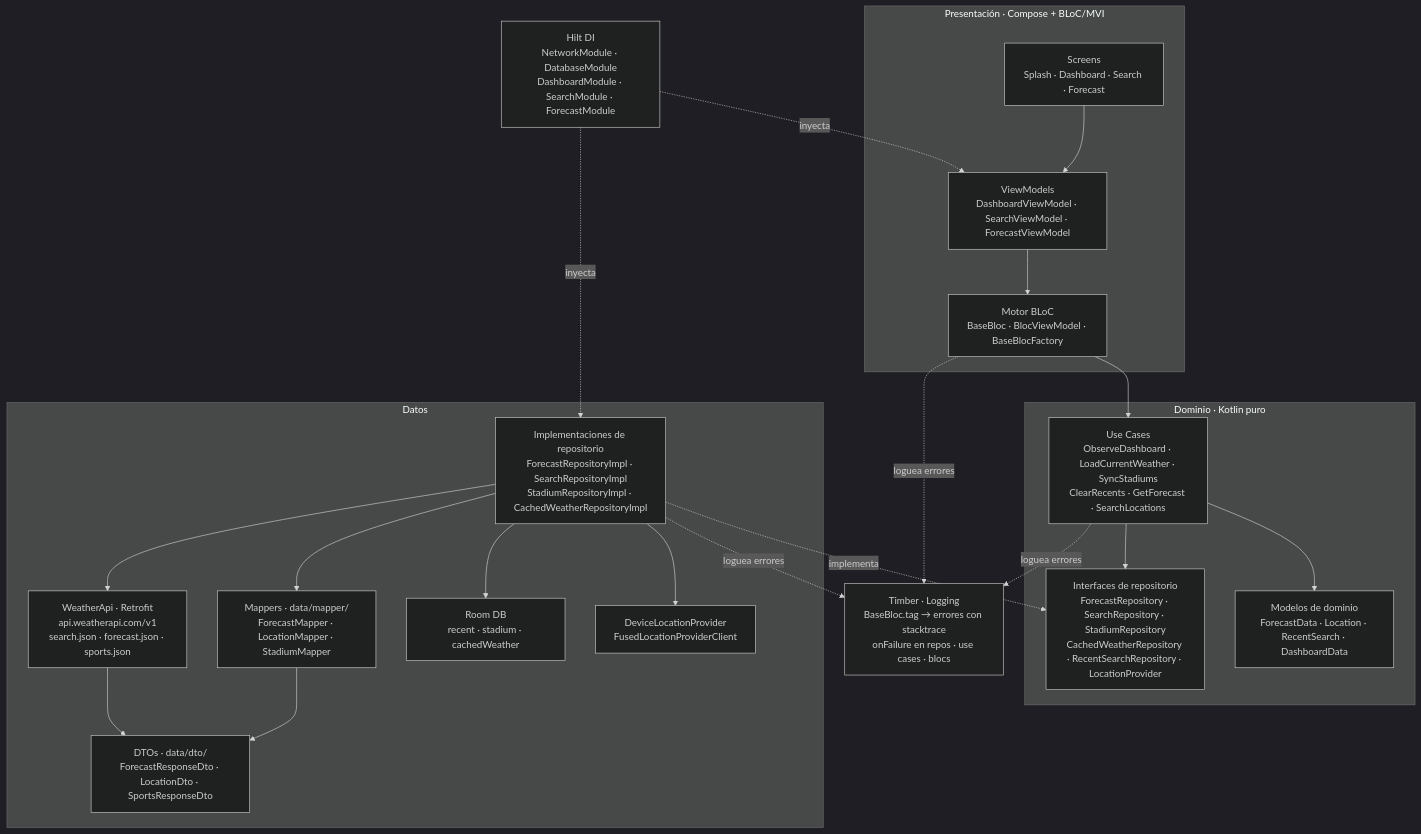
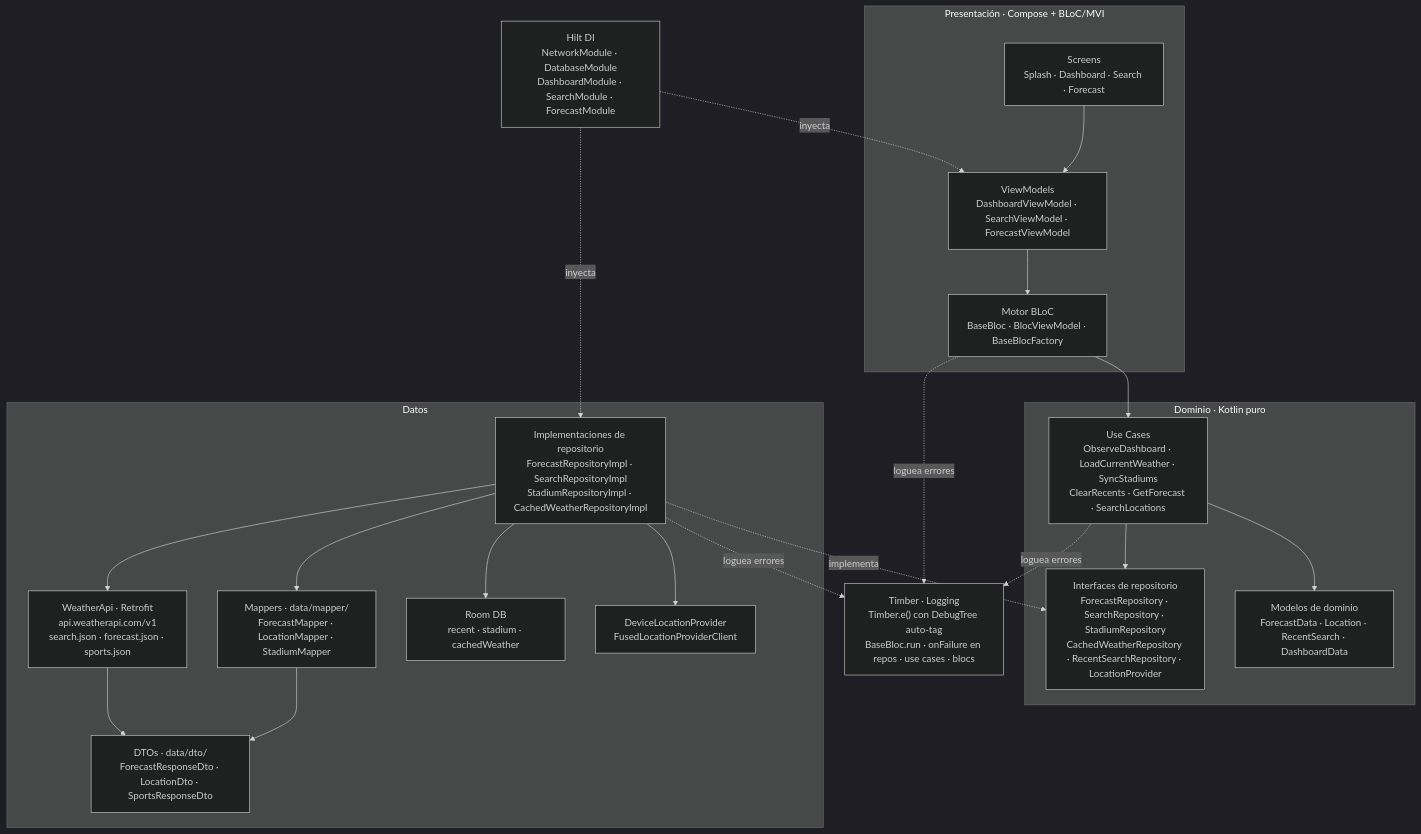
One commit to FranciscoMontufar28/Weather changed the first of 2 diagrams in README.md. Above: the diagram before and after it, drawn with Mermaid (dark theme). The commit also changed other lines of this file, not shown here.

````diff
--- a/README.md
+++ b/README.md
@@ -122,42 +122,42 @@
 ```mermaid
 flowchart TD
     subgraph PRES["Presentación · Compose + BLoC/MVI"]
         UI["Screens<br/>Splash · Dashboard · Search · Forecast"]
         VM["ViewModels<br/>DashboardViewModel · SearchViewModel · ForecastViewModel"]
         BLOC["Motor BLoC<br/>BaseBloc · BlocViewModel · BaseBlocFactory"]
         UI --> VM --> BLOC
     end
 
     subgraph DOM["Dominio · Kotlin puro"]
         UC["Use Cases<br/>ObserveDashboard · LoadCurrentWeather · SyncStadiums<br/>ClearRecents · GetForecast · SearchLocations"]
         REPOI["Interfaces de repositorio<br/>ForecastRepository · SearchRepository · StadiumRepository<br/>CachedWeatherRepository · RecentSearchRepository · LocationProvider"]
         MODEL["Modelos de dominio<br/>ForecastData · Location · RecentSearch · DashboardData"]
         UC --> REPOI
         UC --> MODEL
     end
 
     subgraph DATA["Datos"]
         REPO["Implementaciones de repositorio<br/>ForecastRepositoryImpl · SearchRepositoryImpl<br/>StadiumRepositoryImpl · CachedWeatherRepositoryImpl"]
         MAP["Mappers · data/mapper/<br/>ForecastMapper · LocationMapper · StadiumMapper"]
         DTO["DTOs · data/dto/<br/>ForecastResponseDto · LocationDto · SportsResponseDto"]
         API["WeatherApi · Retrofit<br/>api.weatherapi.com/v1<br/>search.json · forecast.json · sports.json"]
         ROOM["Room DB<br/>recent · stadium · cachedWeather"]
         LOC["DeviceLocationProvider<br/>FusedLocationProviderClient"]
         REPO --> MAP --> DTO
         REPO --> API --> DTO
         REPO --> ROOM
         REPO --> LOC
     end
 
     BLOC --> UC
     REPO -. implementa .-> REPOI
 
     HILT["Hilt DI<br/>NetworkModule · DatabaseModule<br/>DashboardModule · SearchModule · ForecastModule"]
     HILT -. inyecta .-> VM
     HILT -. inyecta .-> REPO
 
-    LOG["Timber · Logging<br/>BaseBloc.tag → errores con stacktrace<br/>onFailure en repos · use cases · blocs"]
+    LOG["Timber · Logging<br/>Timber.e() con DebugTree auto-tag<br/>BaseBloc.run · onFailure en repos · use cases · blocs"]
     BLOC -. loguea errores .-> LOG
     REPO -. loguea errores .-> LOG
     UC -. loguea errores .-> LOG
 ```
````
